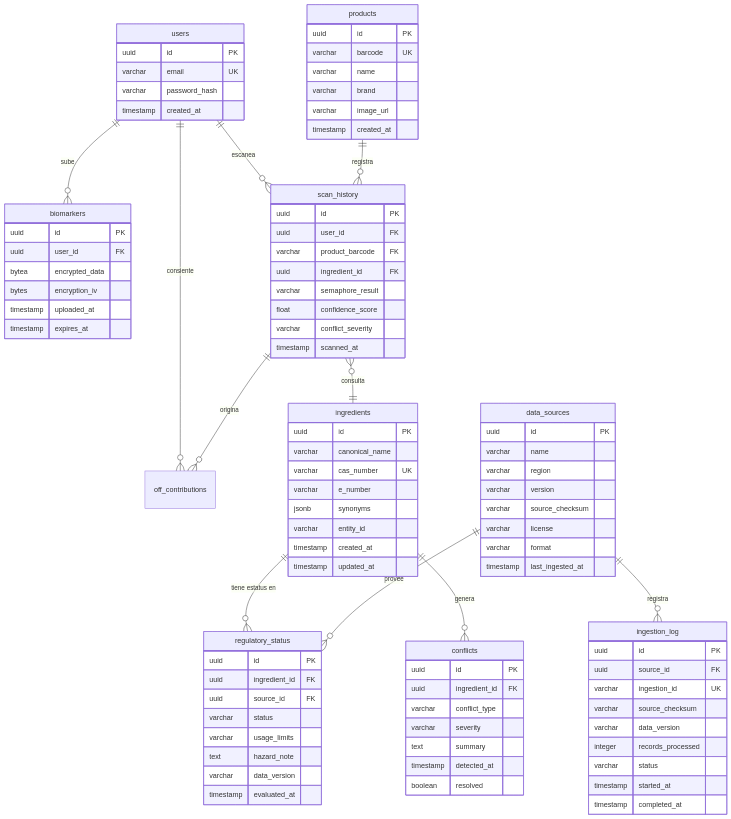
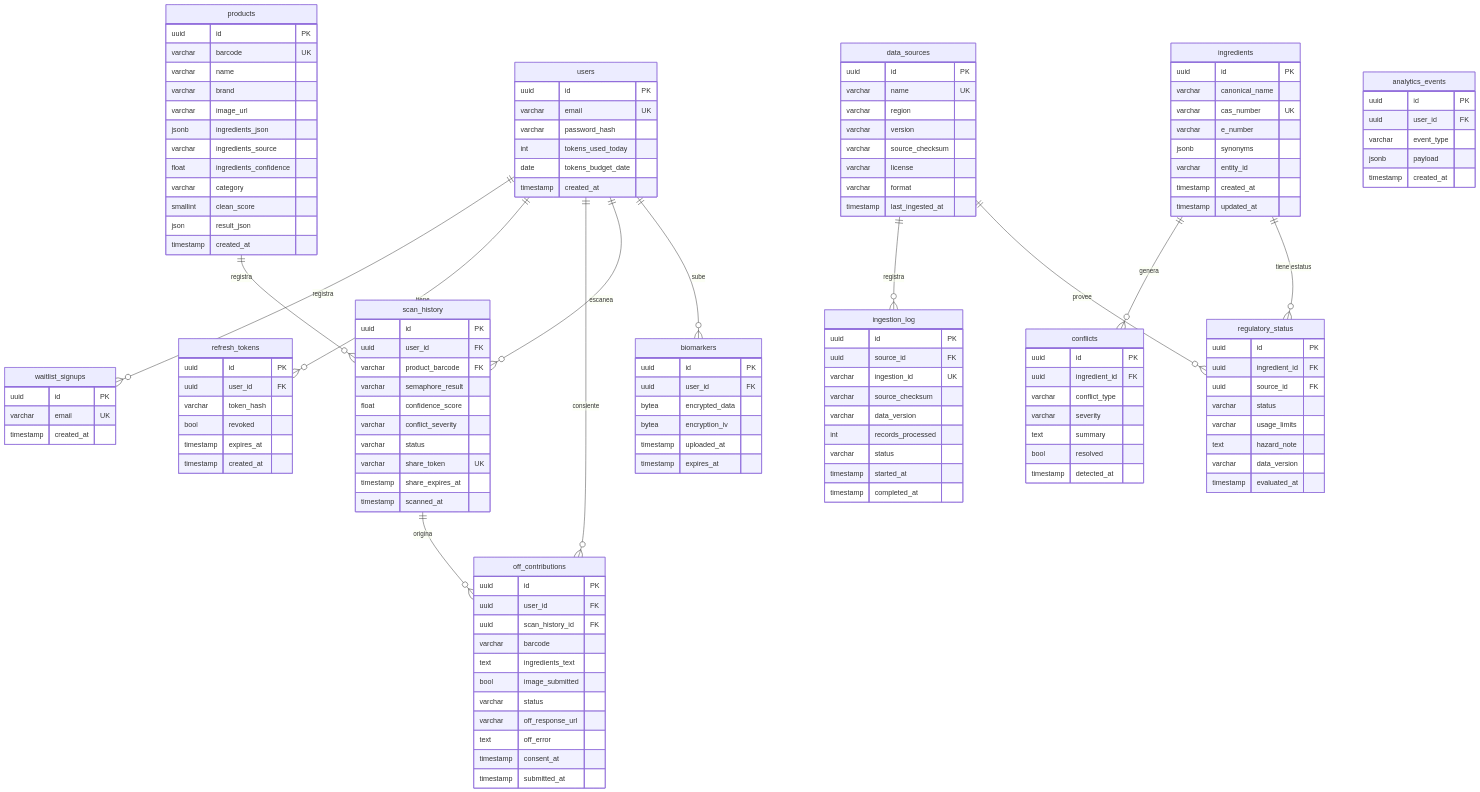
The diagram in docs/architecture.md (albertofragoso/bioshield-ai), drawn with Mermaid before and after one commit. The commit also changed other lines of this file and 24 other files, not shown here.

````diff
--- a/docs/architecture.md
+++ b/docs/architecture.md
@@ -23,61 +473,65 @@
     users ||--o{ biomarkers : "sube"
     users ||--o{ scan_history : "escanea"
     users ||--o{ off_contributions : "consiente"
+    users ||--o{ refresh_tokens : "tiene"
+    users ||--o{ waitlist_signups : "registra"
     products ||--o{ scan_history : "registra"
     scan_history ||--o{ off_contributions : "origina"
-    ingredients ||--o{ regulatory_status : "tiene estatus en"
+    ingredients ||--o{ regulatory_status : "tiene estatus"
     ingredients ||--o{ conflicts : "genera"
     data_sources ||--o{ regulatory_status : "provee"
     data_sources ||--o{ ingestion_log : "registra"
-    scan_history }o--|| ingredients : "consulta"
 
     users {
         uuid id PK
         varchar email UK
         varchar password_hash
+        int tokens_used_today
+        date tokens_budget_date
         timestamp created_at
     }
-
     products {
         uuid id PK
         varchar barcode UK
         varchar name
         varchar brand
         varchar image_url
+        jsonb ingredients_json
+        varchar ingredients_source
+        float ingredients_confidence
+        varchar category
+        smallint clean_score
+        json result_json
         timestamp created_at
     }
-
     biomarkers {
         uuid id PK
         uuid user_id FK
         bytea encrypted_data
-        bytes encryption_iv
+        bytea encryption_iv
         timestamp uploaded_at
         timestamp expires_at
     }
-
     scan_history {
         uuid id PK
         uuid user_id FK
         varchar product_barcode FK
-        uuid ingredient_id FK
         varchar semaphore_result
         float confidence_score
         varchar conflict_severity
+        varchar status
+        varchar share_token UK
+        timestamp share_expires_at
         timestamp scanned_at
     }
-
-    data_sources {
+    refresh_tokens {
         uuid id PK
-        varchar name
-        varchar region
-        varchar version
-        varchar source_checksum
-        varchar license
-        varchar format
-        timestamp last_ingested_at
+        uuid user_id FK
+        varchar token_hash
+        bool revoked
+        timestamp expires_at
+        timestamp created_at
     }
-
     ingredients {
         uuid id PK
         varchar canonical_name
@@ -88,7 +542,6 @@
         timestamp created_at
         timestamp updated_at
     }
-
     regulatory_status {
         uuid id PK
         uuid ingredient_id FK
@@ -99,26 +552,59 @@
         varchar data_version
         timestamp evaluated_at
     }
-
     conflicts {
         uuid id PK
         uuid ingredient_id FK
         varchar conflict_type
         varchar severity
         text summary
+        bool resolved
         timestamp detected_at
-        boolean resolved
     }
-
+    data_sources {
+        uuid id PK
+        varchar name UK
+        varchar region
+        varchar version
+        varchar source_checksum
+        varchar license
+        varchar format
+        timestamp last_ingested_at
+    }
     ingestion_log {
         uuid id PK
         uuid source_id FK
         varchar ingestion_id UK
         varchar source_checksum
         varchar data_version
-        integer records_processed
+        int records_processed
         varchar status
         timestamp started_at
         timestamp completed_at
     }
+    off_contributions {
+        uuid id PK
+        uuid user_id FK
+        uuid scan_history_id FK
+        varchar barcode
+        text ingredients_text
+        bool image_submitted
+        varchar status
+        varchar off_response_url
+        text off_error
+        timestamp consent_at
+        timestamp submitted_at
+    }
+    analytics_events {
+        uuid id PK
+        uuid user_id FK
+        varchar event_type
+        jsonb payload
+        timestamp created_at
+    }
+    waitlist_signups {
+        uuid id PK
+        varchar email UK
+        timestamp created_at
+    }
 ```
````
